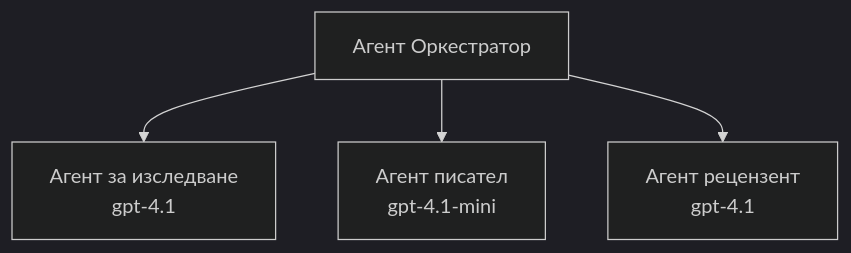
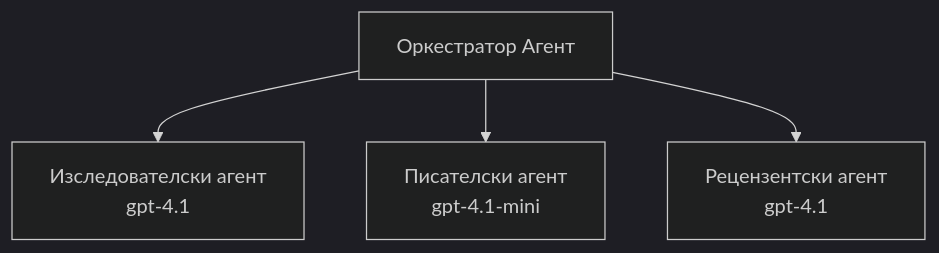
One commit to microsoft/AZD-for-beginners changed the third of 3 diagrams in translations/bg/docs/chapter-02-ai-development/agents.md. Above: the diagram before and after it, drawn with Mermaid (dark theme). The commit also changed other lines of this file and 104 other files, not shown here.

````diff
--- a/translations/bg/docs/chapter-02-ai-development/agents.md
+++ b/translations/bg/docs/chapter-02-ai-development/agents.md
@@ -194,6 +201,6 @@
 ```mermaid
 graph TD
-    Orchestrator[Агент Оркестратор] --> Research[Агент за изследване<br/>gpt-4.1]
-    Orchestrator --> Writer[Агент писател<br/>gpt-4.1-mini]
-    Orchestrator --> Reviewer[Агент рецензент<br/>gpt-4.1]
+    Orchestrator[Оркестратор Агент] --> Research[Изследователски агент<br/>gpt-4.1]
+    Orchestrator --> Writer[Писателски агент<br/>gpt-4.1-mini]
+    Orchestrator --> Reviewer[Рецензентски агент<br/>gpt-4.1]
 ```
````
